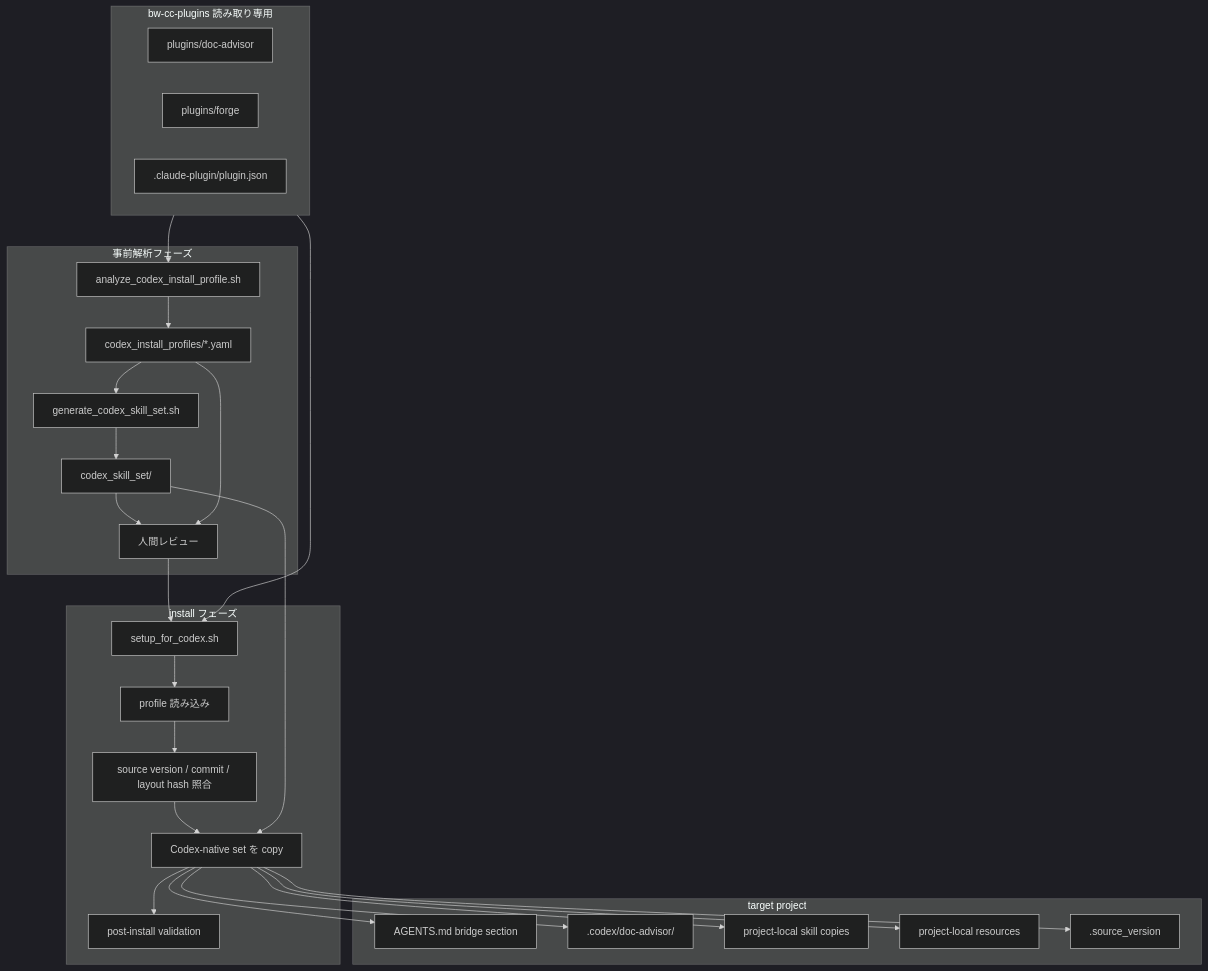
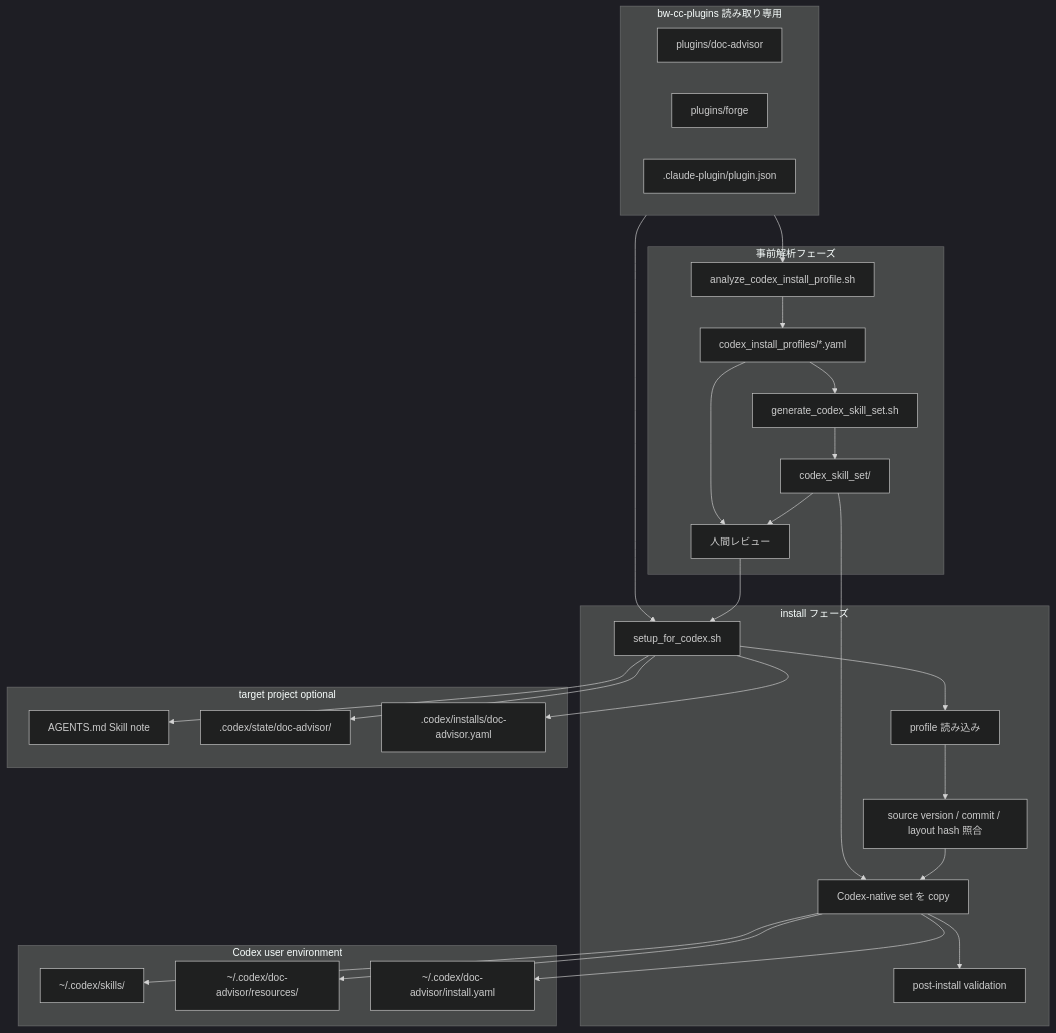
Before and after one commit to BlueEventHorizon/DocAdvisor-CC: the diagram in specs/codex/design/DES-CODEX-001_setup_for_codex.md, drawn with Mermaid (dark theme). The commit also changed other lines of this file and 63 other files, not shown here.

Commit message:
refactor: codex setup

````diff
--- a/specs/codex/design/DES-CODEX-001_setup_for_codex.md
+++ b/specs/codex/design/DES-CODEX-001_setup_for_codex.md
@@ -54,48 +54,53 @@
 ```mermaid
 flowchart TD
     subgraph Source[bw-cc-plugins 読み取り専用]
         DA[plugins/doc-advisor]
         FG[plugins/forge]
         PJ[.claude-plugin/plugin.json]
     end
 
     subgraph Analyze[事前解析フェーズ]
         AP[analyze_codex_install_profile.sh]
         PROF[codex_install_profiles/*.yaml]
         GEN[generate_codex_skill_set.sh]
         NATIVE[codex_skill_set/]
         REVIEW[人間レビュー]
     end
 
     subgraph Install[install フェーズ]
         SETUP[setup_for_codex.sh]
         LOAD[profile 読み込み]
         MATCH[source version / commit / layout hash 照合]
         COPY[Codex-native set を copy]
         VALIDATE[post-install validation]
     end
 
-    subgraph Target[target project]
-        AGENTS[AGENTS.md bridge section]
-        LOCAL[.codex/doc-advisor/]
-        SKILLS[project-local skill copies]
-        RES[project-local resources]
-        META[.source_version]
+    subgraph Environment[Codex user environment]
+        SKILLS[~/.codex/skills/]
+        RES[~/.codex/doc-advisor/resources/]
+        EMETA[~/.codex/doc-advisor/install.yaml]
+    end
+
+    subgraph Target[target project optional]
+        AGENTS[AGENTS.md Skill note]
+        STATE[.codex/state/doc-advisor/]
+        META[.codex/installs/doc-advisor.yaml]
     end
 
     Source --> AP
     AP --> PROF
     PROF --> GEN
     GEN --> NATIVE
     NATIVE --> REVIEW
     PROF --> REVIEW
     REVIEW --> SETUP
     Source --> SETUP
     SETUP --> LOAD --> MATCH --> COPY --> VALIDATE
     NATIVE --> COPY
-    COPY --> AGENTS
-    COPY --> LOCAL
     COPY --> SKILLS
     COPY --> RES
-    COPY --> META
+    COPY --> EMETA
+    SETUP --> AGENTS
+    SETUP --> STATE
+    SETUP --> META
 ```
````
